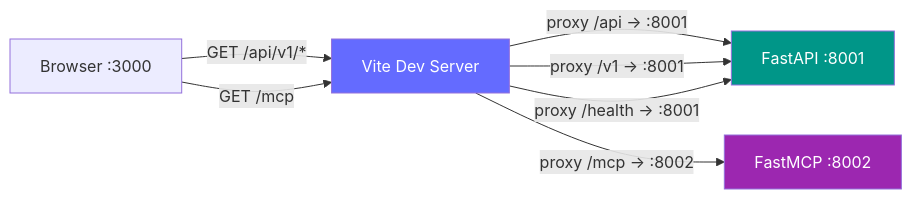
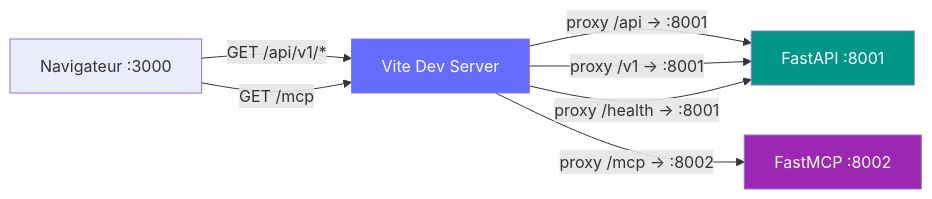
The ninth of 10 diagrams in docs/ARCHITECTURE.md (giak/mnemo-lite), drawn with Mermaid before and after one commit. The commit also changed other lines of this file and 1 other file, not shown here.

First line of the commit message:
docs: réécrire architecture en français avec diagrammes Mermaid valides

````diff
--- a/docs/ARCHITECTURE.md
+++ b/docs/ARCHITECTURE.md
@@ -477,14 +437,13 @@
 ```mermaid
 flowchart LR
-    Browser[Browser :3000] -->|GET /api/v1/*| Vite[Vite Dev Server]
-    Browser -->|GET /mcp| Vite
+    Br[Navigateur :3000] -->|GET /api/v1/*| Vi[Vite Dev Server]
+    Br -->|GET /mcp| Vi
+    Vi -->|proxy /api → :8001| AP[FastAPI :8001]
+    Vi -->|proxy /v1 → :8001| AP
+    Vi -->|proxy /health → :8001| AP
+    Vi -->|proxy /mcp → :8002| MC[FastMCP :8002]
 
-    Vite -->|proxy /api → :8001| API[FastAPI :8001]
-    Vite -->|proxy /v1 → :8001| API
-    Vite -->|proxy /health → :8001| API
-    Vite -->|proxy /mcp → :8002| MCP[FastMCP :8002]
-
-    style Vite fill:#646BFF,color:#fff
-    style API fill:#009688,color:#fff
-    style MCP fill:#9C27B0,color:#fff
+    style Vi fill:#646BFF,color:#fff
+    style AP fill:#009688,color:#fff
+    style MC fill:#9C27B0,color:#fff
 ```
````
